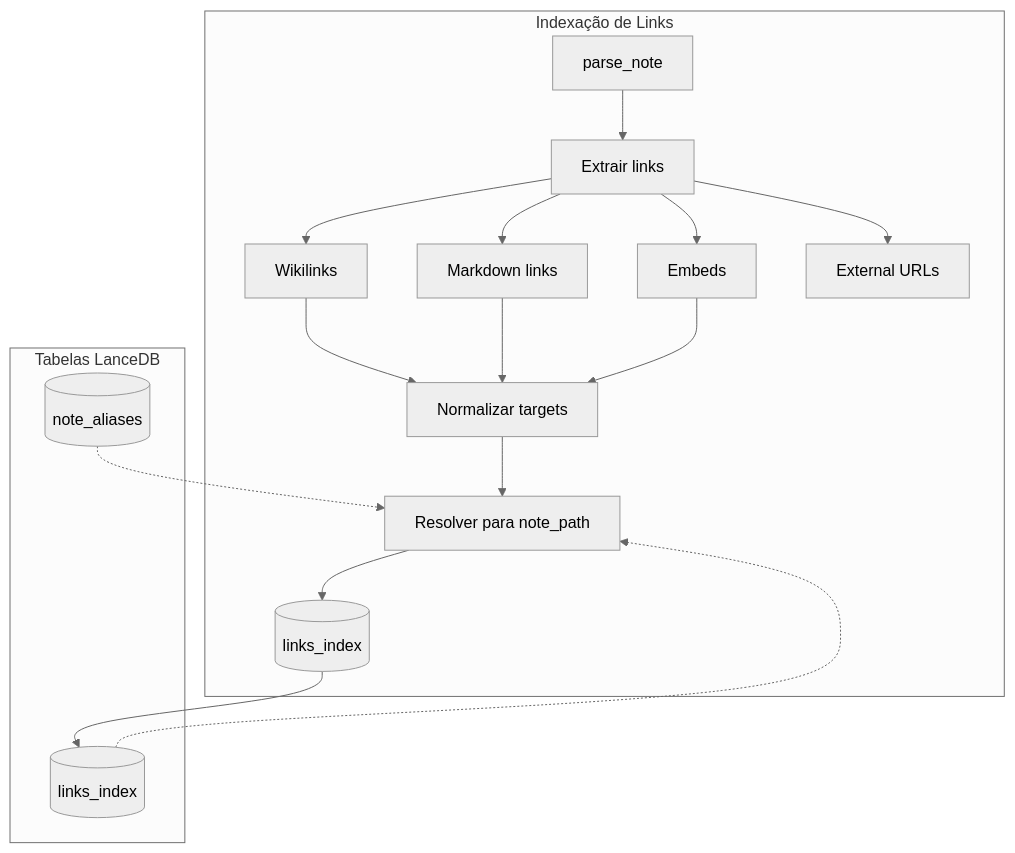
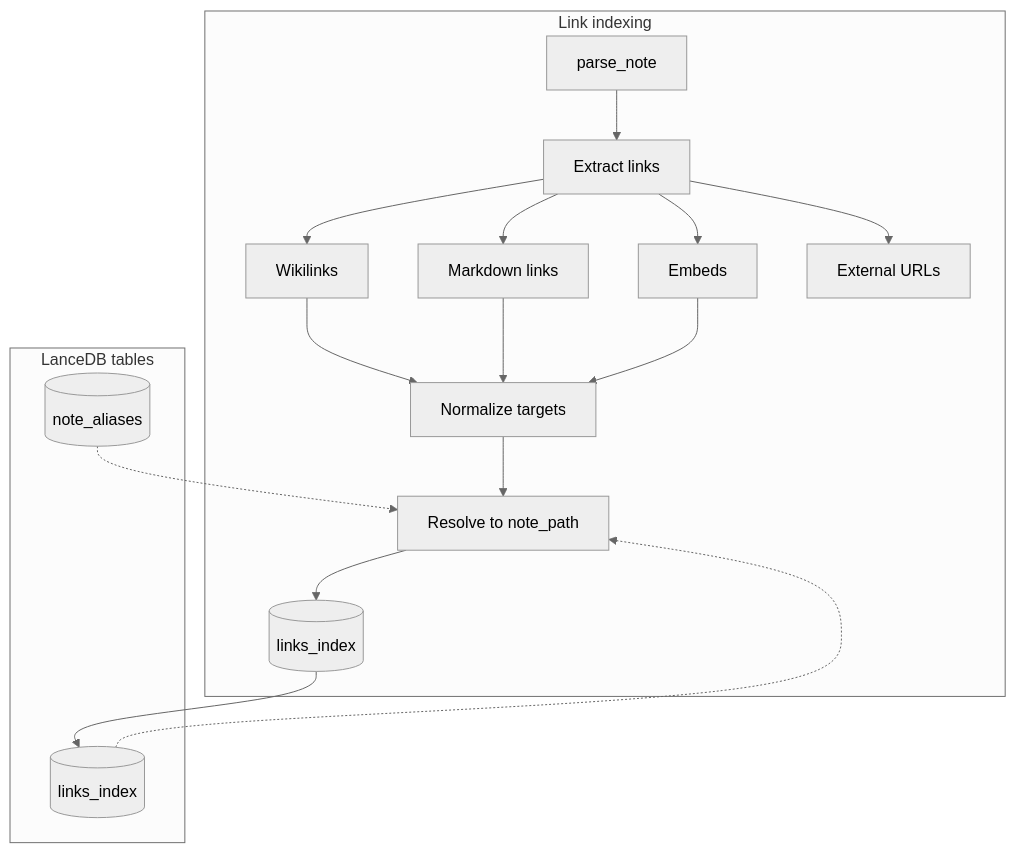
Before and after one commit to everton-dgn/vault-search-mcp: the ninth of 12 diagrams in docs/architecture/diagrams-features.md, drawn with Mermaid (neutral theme). The commit also changed other lines of this file and 200 other files, not shown here.

````diff
--- a/docs/architecture/diagrams-features.md
+++ b/docs/architecture/diagrams-features.md
@@ -267,24 +267,24 @@
 ```mermaid
 flowchart TB
-    subgraph Indexing["Indexação de Links"]
-        Parse[parse_note] --> Extract[Extrair links]
+    subgraph Indexing["Link indexing"]
+        Parse[parse_note] --> Extract[Extract links]
         Extract --> Wiki[Wikilinks]
         Extract --> MD[Markdown links]
         Extract --> Embed[Embeds]
         Extract --> Ext[External URLs]
 
-        Wiki --> Normalize[Normalizar targets]
+        Wiki --> Normalize[Normalize targets]
         MD --> Normalize
         Embed --> Normalize
 
-        Normalize --> Resolve[Resolver para note_path]
+        Normalize --> Resolve[Resolve to note_path]
         Resolve --> Store[(links_index)]
     end
 
-    subgraph Tables["Tabelas LanceDB"]
+    subgraph Tables["LanceDB tables"]
         Store --> LinksTable[(links_index)]
         Aliases[(note_aliases)]
         LinksTable -.-> Resolve
         Aliases -.-> Resolve
     end
 ```
````
